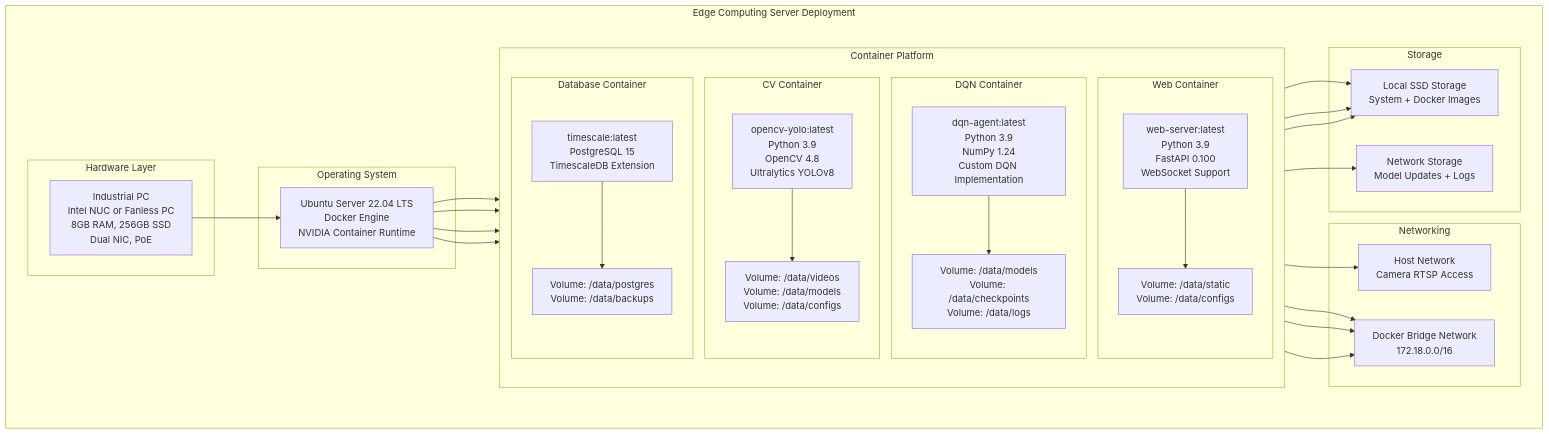
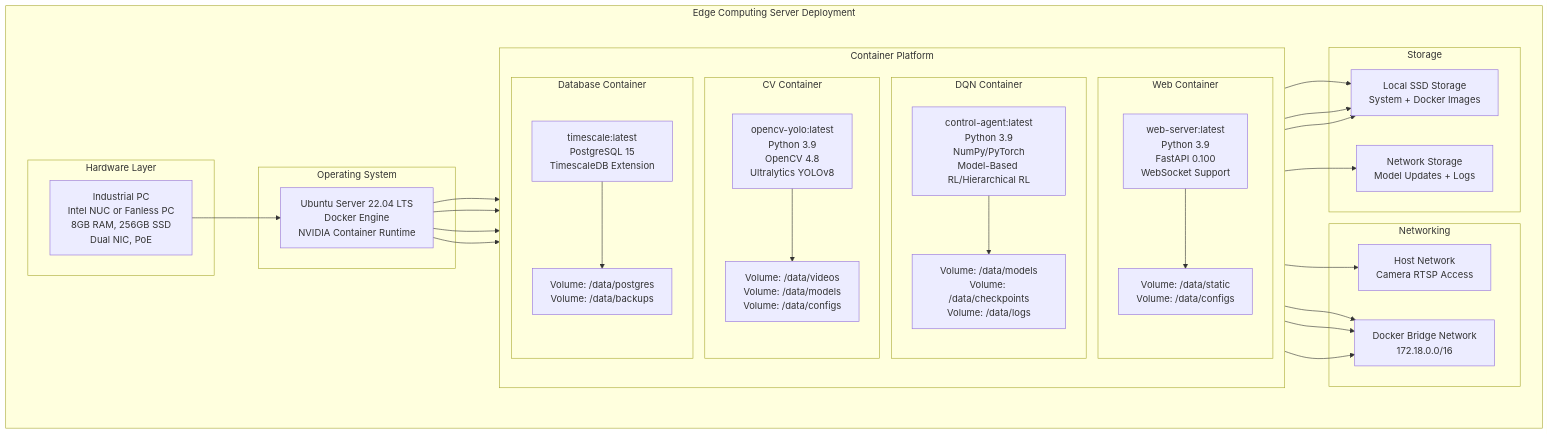
The third of 6 diagrams in deployment_diagram.md (Bobbymkr/Projects), drawn with Mermaid before and after one commit. The commit also changed other lines of this file and 16 other files, not shown here.

````diff
--- a/deployment_diagram.md
+++ b/deployment_diagram.md
@@ -150,66 +150,66 @@
 ```mermaid
 graph TB
     subgraph "Edge Computing Server Deployment"
         subgraph "Hardware Layer"
             HW[Industrial PC<br/>Intel NUC or Fanless PC<br/>8GB RAM, 256GB SSD<br/>Dual NIC, PoE]
         end
         
         subgraph "Operating System"
             OS[Ubuntu Server 22.04 LTS<br/>Docker Engine<br/>NVIDIA Container Runtime]
         end
         
         subgraph "Container Platform"
             direction TB
             subgraph "CV Container"
                 CV_IMG[opencv-yolo:latest<br/>Python 3.9<br/>OpenCV 4.8<br/>Ultralytics YOLOv8]
                 CV_VOL[Volume: /data/videos<br/>Volume: /data/models<br/>Volume: /data/configs]
             end
             
             subgraph "DQN Container"
-                DQN_IMG[dqn-agent:latest<br/>Python 3.9<br/>NumPy 1.24<br/>Custom DQN Implementation]
+                DQN_IMG[control-agent:latest<br/>Python 3.9<br/>NumPy/PyTorch<br/>Model-Based RL/Hierarchical RL]
                 DQN_VOL[Volume: /data/models<br/>Volume: /data/checkpoints<br/>Volume: /data/logs]
             end
             
             subgraph "Web Container"
                 WEB_IMG[web-server:latest<br/>Python 3.9<br/>FastAPI 0.100<br/>WebSocket Support]
                 WEB_VOL[Volume: /data/static<br/>Volume: /data/configs]
             end
             
             subgraph "Database Container"
                 DB_IMG[timescale:latest<br/>PostgreSQL 15<br/>TimescaleDB Extension]
                 DB_VOL[Volume: /data/postgres<br/>Volume: /data/backups]
             end
         end
         
         subgraph "Networking"
             BRIDGE[Docker Bridge Network<br/>172.18.0.0/16]
             HOST[Host Network<br/>Camera RTSP Access]
         end
         
         subgraph "Storage"
             SSD[Local SSD Storage<br/>System + Docker Images]
             NFS[Network Storage<br/>Model Updates + Logs]
         end
     end
     
     HW --> OS
     OS --> CV_IMG
     OS --> DQN_IMG
     OS --> WEB_IMG
     OS --> DB_IMG
     
     CV_IMG --> CV_VOL
     DQN_IMG --> DQN_VOL
     WEB_IMG --> WEB_VOL
     DB_IMG --> DB_VOL
     
     CV_IMG --> HOST
     DQN_IMG --> BRIDGE
     WEB_IMG --> BRIDGE
     DB_IMG --> BRIDGE
     
     CV_VOL --> SSD
     DQN_VOL --> SSD
     WEB_VOL --> SSD
     DB_VOL --> NFS
 ```
````
